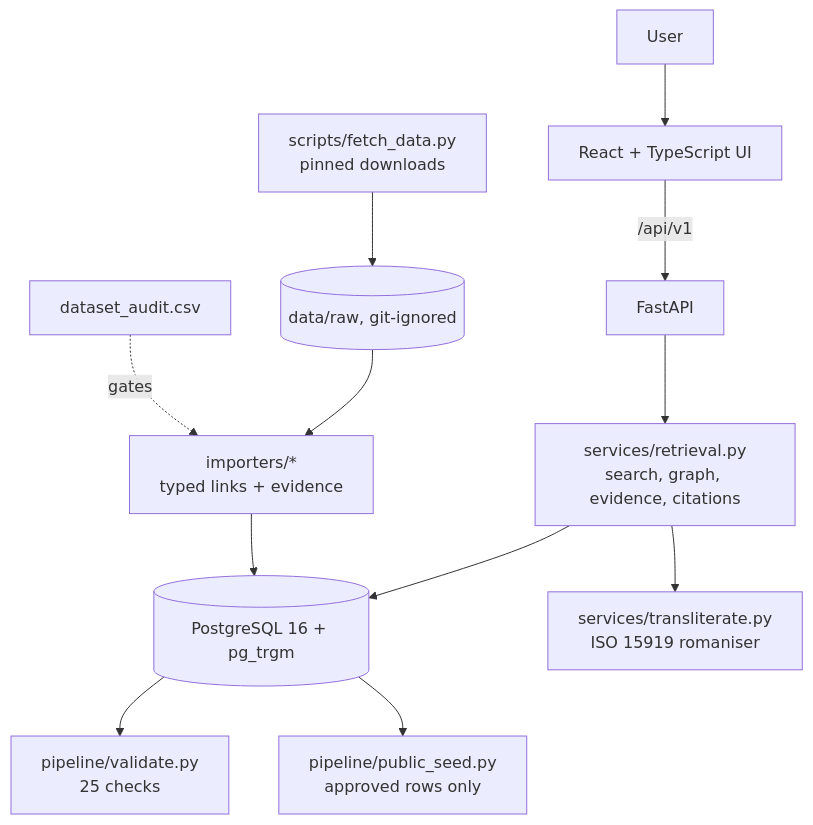
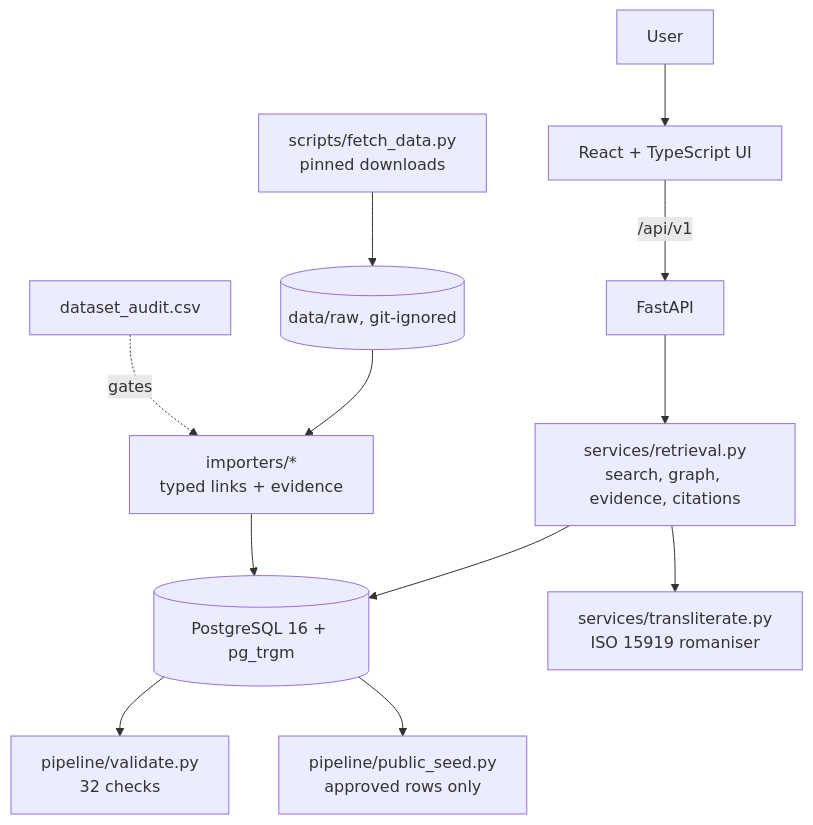
One commit to Vaidurya-s/Linguistic-DNA changed the diagram in docs/TECHNICAL_ARCHITECTURE.md. Above: the diagram before and after it, drawn with Mermaid. The commit also changed other lines of this file and 10 other files, not shown here.

````diff
--- a/docs/TECHNICAL_ARCHITECTURE.md
+++ b/docs/TECHNICAL_ARCHITECTURE.md
@@ -22,14 +22,14 @@
 ```mermaid
 flowchart TD
     U[User] --> FE[React + TypeScript UI]
     FE -->|/api/v1| API[FastAPI]
     API --> RET[services/retrieval.py<br/>search, graph, evidence, citations]
     RET --> DB[(PostgreSQL 16 + pg_trgm)]
     RET --> TR[services/transliterate.py<br/>ISO 15919 romaniser]
     FETCH[scripts/fetch_data.py<br/>pinned downloads] --> RAW[(data/raw, git-ignored)]
     RAW --> IMP[importers/*<br/>typed links + evidence]
     AUD[dataset_audit.csv] -. gates .-> IMP
     IMP --> DB
-    DB --> VAL[pipeline/validate.py<br/>25 checks]
+    DB --> VAL[pipeline/validate.py<br/>32 checks]
     DB --> SEED[pipeline/public_seed.py<br/>approved rows only]
 ```
````
